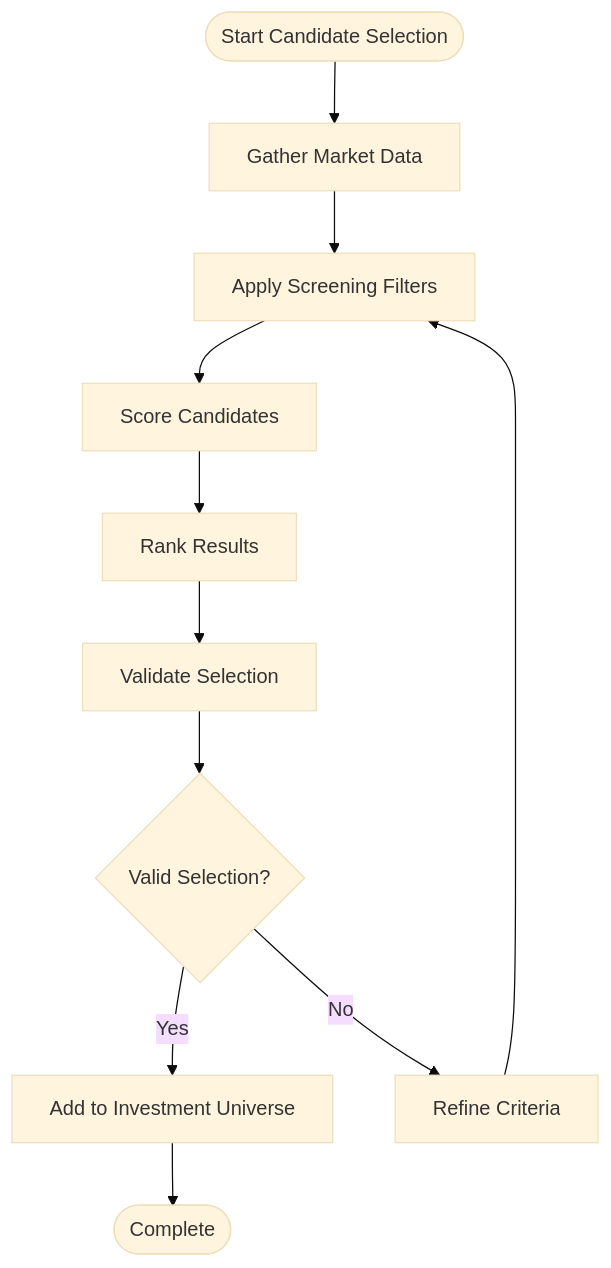
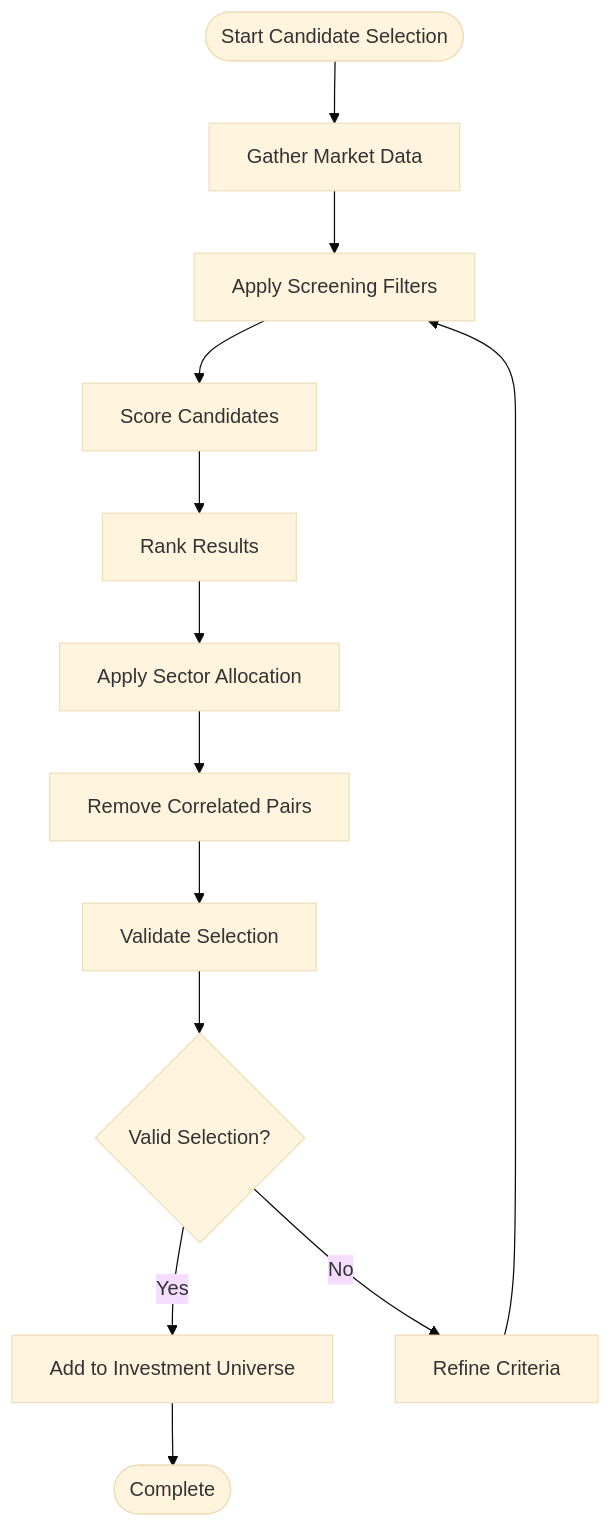
Diagram 15 of 21 in .qoder/repowiki/en/content/Core Components/Data Engineering Module/Data Engineering Module.md (ZengSeng/telegram-bot), drawn with Mermaid (base theme) before and after one commit. The commit also changed other lines of this file and 15 other files, not shown here.

````diff
--- a/.qoder/repowiki/en/content/Core Components/Data Engineering Module/Data Engineering Module.md
+++ b/.qoder/repowiki/en/content/Core Components/Data Engineering Module/Data Engineering Module.md
@@ -589,13 +926,15 @@
 ```mermaid
 flowchart TD
 Start(["Start Candidate Selection"]) --> GatherData["Gather Market Data"]
 GatherData --> ApplyFilters["Apply Screening Filters"]
 ApplyFilters --> ScoreCandidates["Score Candidates"]
 ScoreCandidates --> RankResults["Rank Results"]
-RankResults --> ValidateSelection["Validate Selection"]
+RankResults --> SectorAllocation["Apply Sector Allocation"]
+SectorAllocation --> CorrelationFilter["Remove Correlated Pairs"]
+CorrelationFilter --> ValidateSelection["Validate Selection"]
 ValidateSelection --> Success{"Valid Selection?"}
 Success --> |Yes| AddToUniverse["Add to Investment Universe"]
 Success --> |No| RefineCriteria["Refine Criteria"]
 RefineCriteria --> ApplyFilters
 AddToUniverse --> Complete(["Complete"])
 ```
````
